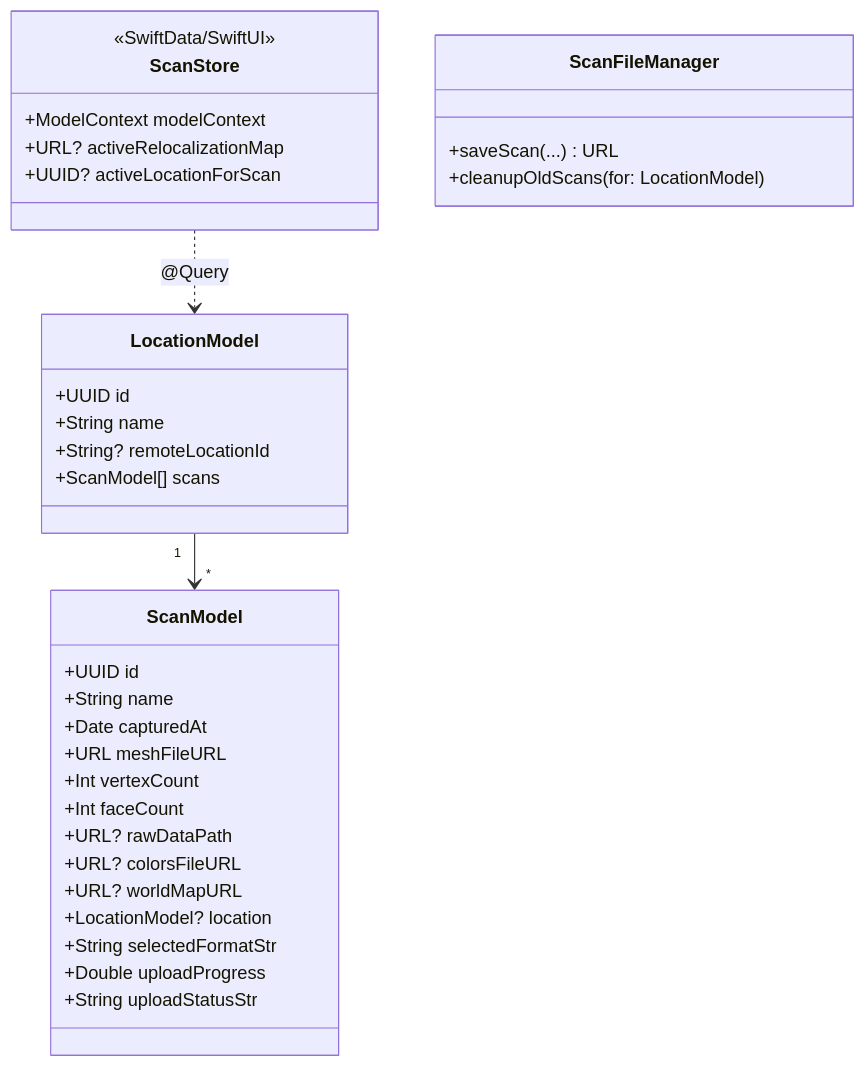
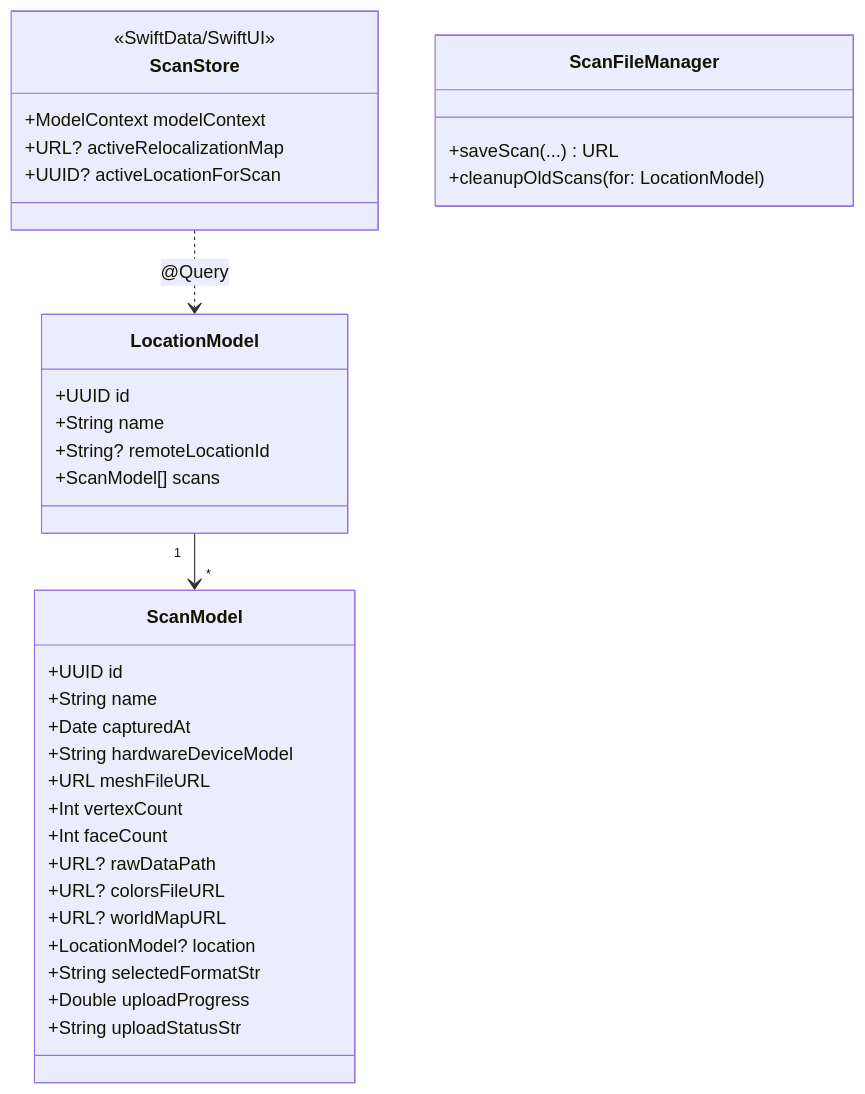
The fifth of 5 diagrams in REQUIREMENTS.md (WiseLabCMU/wisescan-ios), drawn with Mermaid before and after one commit. The commit also changed other lines of this file and 7 other files, not shown here.

````diff
--- a/REQUIREMENTS.md
+++ b/REQUIREMENTS.md
@@ -323,40 +323,41 @@
 ```mermaid
 classDiagram
     class LocationModel {
         +UUID id
         +String name
         +String? remoteLocationId
         +ScanModel[] scans
     }
 
     class ScanModel {
         +UUID id
         +String name
         +Date capturedAt
+        +String hardwareDeviceModel
         +URL meshFileURL
         +Int vertexCount
         +Int faceCount
         +URL? rawDataPath
         +URL? colorsFileURL
         +URL? worldMapURL
         +LocationModel? location
         +String selectedFormatStr
         +Double uploadProgress
         +String uploadStatusStr
     }
 
     class ScanStore {
         <<SwiftData/SwiftUI>>
         +ModelContext modelContext
         +URL? activeRelocalizationMap
         +UUID? activeLocationForScan
     }
 
     class ScanFileManager {
         +saveScan(...) URL
         +cleanupOldScans(for: LocationModel)
     }
 
     LocationModel "1" --> "*" ScanModel
     ScanStore ..> LocationModel : @Query
 ```
````
